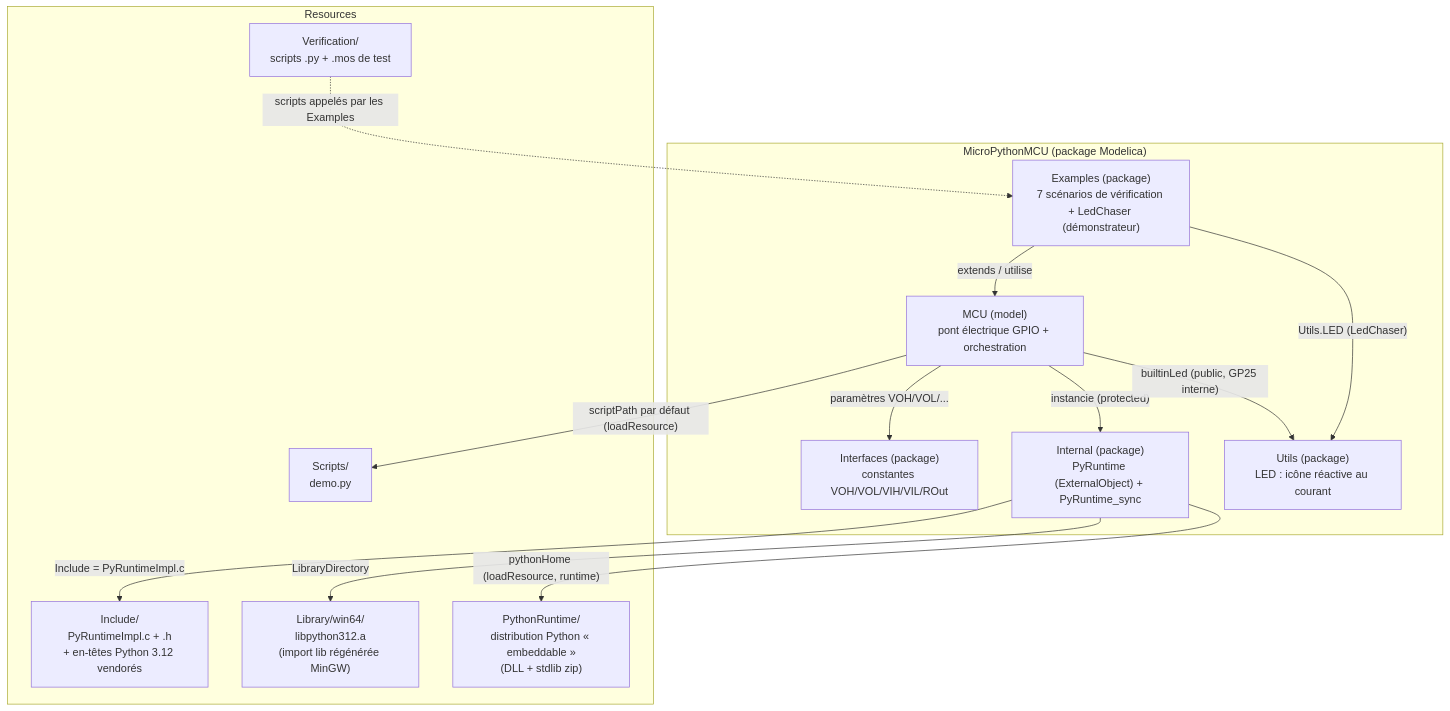
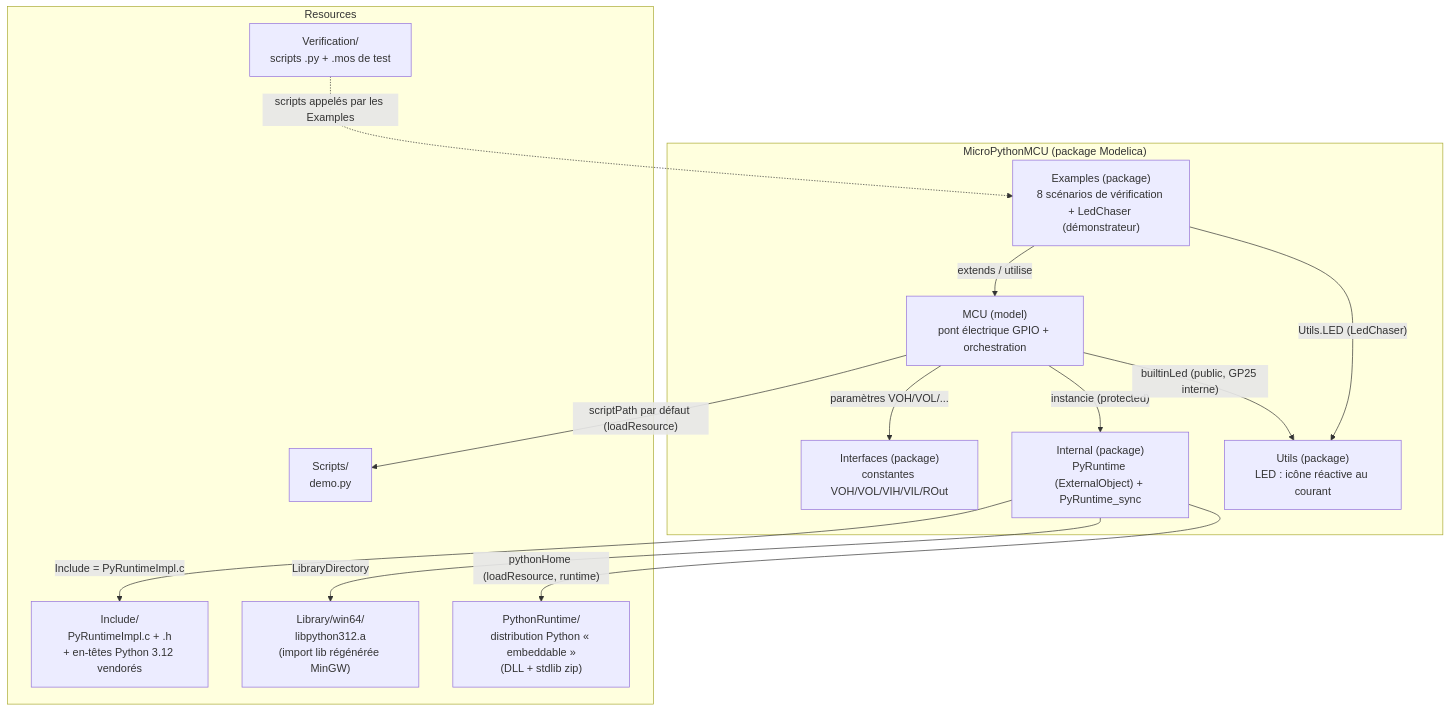
The diagram in docs/architecture.md (bdelaup/modelica_micropython), drawn with Mermaid before and after one commit. The commit also changed other lines of this file and 16 other files, not shown here.

````diff
--- a/docs/architecture.md
+++ b/docs/architecture.md
@@ -9,28 +9,28 @@
 ```mermaid
 graph TD
     subgraph LIB["MicroPythonMCU (package Modelica)"]
         MCU["MCU (model)<br/>pont électrique GPIO + orchestration"]
         Interfaces["Interfaces (package)<br/>constantes VOH/VOL/VIH/VIL/ROut"]
         Internal["Internal (package)<br/>PyRuntime (ExternalObject) + PyRuntime_sync"]
         Utils["Utils (package)<br/>LED : icône réactive au courant"]
-        Examples["Examples (package)<br/>7 scénarios de vérification + LedChaser (démonstrateur)"]
+        Examples["Examples (package)<br/>8 scénarios de vérification + LedChaser (démonstrateur)"]
     end
     subgraph RES["Resources"]
         Include["Include/<br/>PyRuntimeImpl.c + .h<br/>+ en-têtes Python 3.12 vendorés"]
         Library["Library/win64/<br/>libpython312.a<br/>(import lib régénérée MinGW)"]
         PythonRuntime["PythonRuntime/<br/>distribution Python « embeddable »<br/>(DLL + stdlib zip)"]
         Scripts["Scripts/<br/>demo.py"]
         Verification["Verification/<br/>scripts .py + .mos de test"]
     end
 
     MCU -- "paramètres VOH/VOL/..." --> Interfaces
     MCU -- "instancie (protected)" --> Internal
     MCU -- "builtinLed (public, GP25 interne)" --> Utils
     Examples -- "extends / utilise" --> MCU
     Examples -- "Utils.LED (LedChaser)" --> Utils
     Internal -- "Include = PyRuntimeImpl.c" --> Include
     Internal -- "LibraryDirectory" --> Library
     Internal -- "pythonHome (loadResource, runtime)" --> PythonRuntime
     MCU -- "scriptPath par défaut (loadResource)" --> Scripts
     Verification -. "scripts appelés par les Examples" .-> Examples
 ```
````
